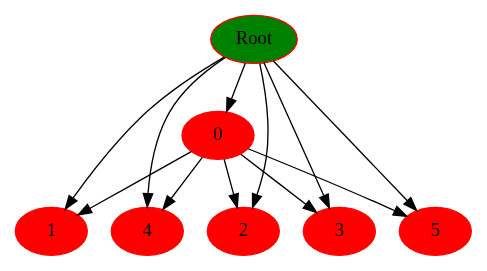
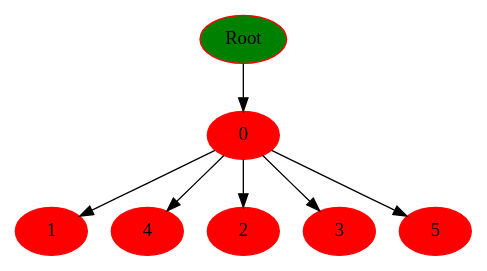
Before and after one commit to Zararest/Dominators: the diagram in bin/DomTree.dot, drawn with Graphviz. The commit also changed 3 other files, not shown here.

```diff
--- a/bin/DomTree.dot
+++ b/bin/DomTree.dot
@@ -1,21 +1,16 @@
 digraph Dump {
 node[color=red,fontsize=14, style=filled]
-"0x56294123f800" [label = "Root" fillcolor=green]
-"0x56294123f800" -> "0x56294123fd70"
-"0x56294123f800" -> "0x56294123fe00"
-"0x56294123f800" -> "0x56294123feb0"
-"0x56294123f800" -> "0x56294123ff70"
-"0x56294123f800" -> "0x562941240020"
-"0x56294123f800" -> "0x562941240120"
-"0x56294123fd70" [label = "0" ]
-"0x56294123fd70" -> "0x56294123fe00"
-"0x56294123fd70" -> "0x56294123feb0"
-"0x56294123fd70" -> "0x56294123ff70"
-"0x56294123fd70" -> "0x562941240020"
-"0x56294123fd70" -> "0x562941240120"
-"0x56294123fe00" [label = "1" ]
-"0x56294123feb0" [label = "4" ]
-"0x56294123ff70" [label = "2" ]
-"0x562941240020" [label = "3" ]
-"0x562941240120" [label = "5" ]
+"0x560dcb389800" [label = "Root" fillcolor=green]
+"0x560dcb389800" -> "0x560dcb389d70"
+"0x560dcb389d70" [label = "0" ]
+"0x560dcb389d70" -> "0x560dcb389e00"
+"0x560dcb389d70" -> "0x560dcb389eb0"
+"0x560dcb389d70" -> "0x560dcb389f70"
+"0x560dcb389d70" -> "0x560dcb38a020"
+"0x560dcb389d70" -> "0x560dcb38a120"
+"0x560dcb389e00" [label = "1" ]
+"0x560dcb389eb0" [label = "4" ]
+"0x560dcb389f70" [label = "2" ]
+"0x560dcb38a020" [label = "3" ]
+"0x560dcb38a120" [label = "5" ]
 }
```
